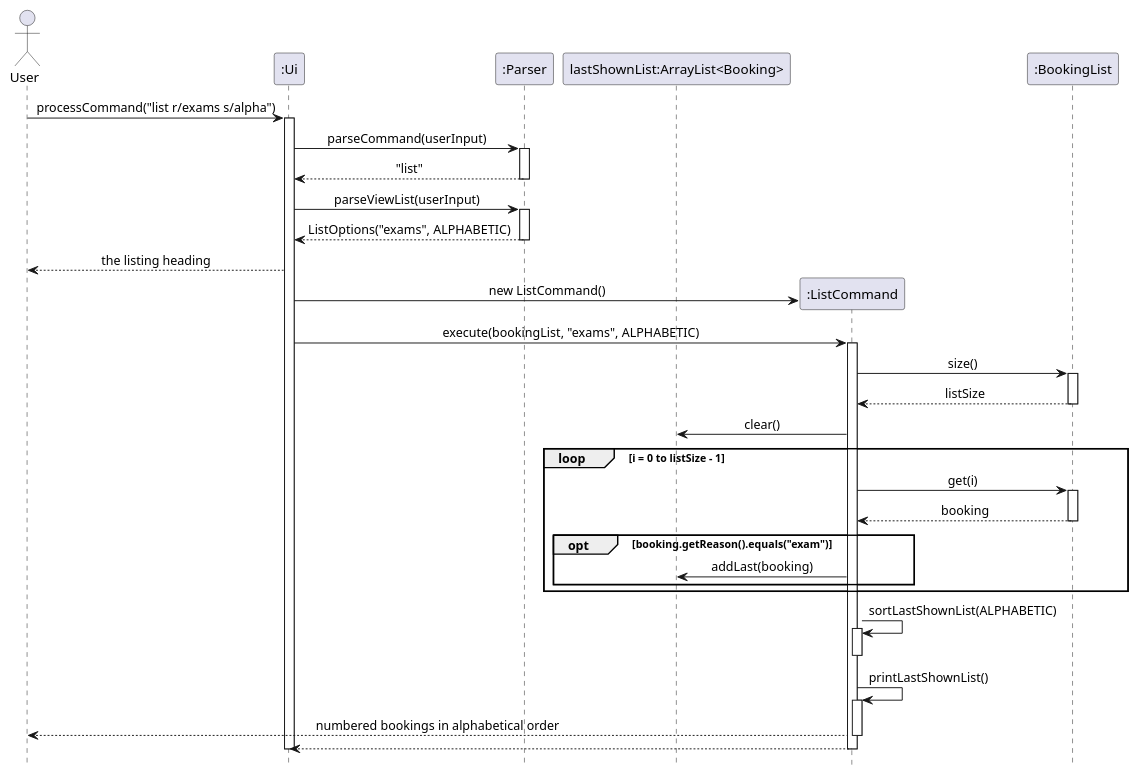
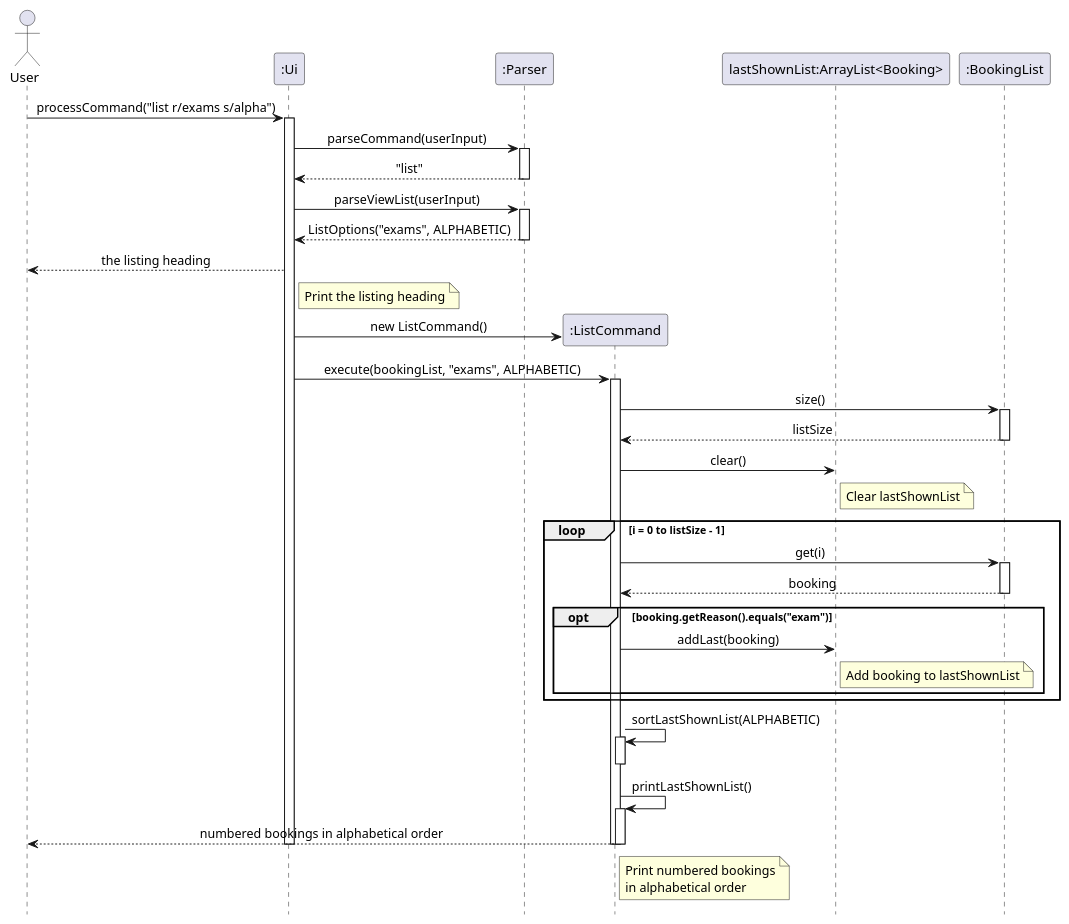
Before and after one commit to AY2627S1-CS2113-W14-2/tp: the diagram in docs/UMLDiagrams/ListCommandSequenceDiagram.puml, drawn with PlantUML. The commit also changed 15 other files, not shown here.

```diff
--- a/docs/UMLDiagrams/ListCommandSequenceDiagram.puml
+++ b/docs/UMLDiagrams/ListCommandSequenceDiagram.puml
@@ -1,65 +1,71 @@
 @startuml
 skinparam sequenceMessageAlign center
 hide footbox
 
 actor User
 
 participant ":Ui" as UI
 
 participant ":Parser" as Parser
-participant "lastShownList:ArrayList<Booking>" as Shown
 
 User -> UI: processCommand("list r/exams s/alpha")
 activate UI
 
 UI -> Parser: parseCommand(userInput)
 activate Parser
 Parser --> UI: "list"
 deactivate Parser
 
 UI -> Parser: parseViewList(userInput)
 activate Parser
 Parser --> UI: ListOptions("exams", ALPHABETIC)
 deactivate Parser
 
 UI --> User: the listing heading
+note right of UI: Print the listing heading
 
 create participant ":ListCommand" as List
 UI -> List: new ListCommand()
+participant "lastShownList:ArrayList<Booking>" as Shown
 participant ":BookingList" as Bookings
 
 UI -> List: execute(bookingList, "exams", ALPHABETIC)
 activate List
 
 List -> Bookings: size()
 activate Bookings
 Bookings --> List: listSize
 deactivate Bookings
 
 List -> Shown: clear()
+note right of Shown: Clear lastShownList
 
 loop i = 0 to listSize - 1
     List -> Bookings: get(i)
     activate Bookings
     Bookings --> List: booking
     deactivate Bookings
 
     opt booking.getReason().equals("exam")
        List -> Shown: addLast(booking)
+       note right of Shown: Add booking to lastShownList
     end
 end
 
 List -> List: sortLastShownList(ALPHABETIC)
 activate List
 deactivate List
 
 List -> List: printLastShownList()
 activate List
 List --> User: numbered bookings in alphabetical order
+note right of List
+Print numbered bookings
+in alphabetical order
+end note
 deactivate List
 
-List --> UI
 deactivate List
 
 deactivate UI
 @enduml
```
